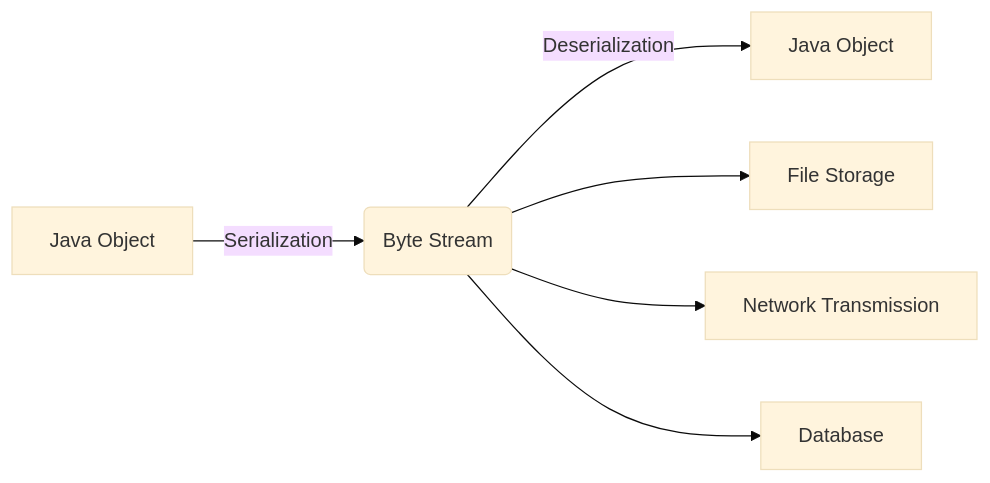
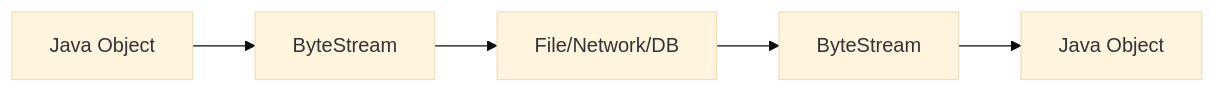
Before and after one commit to DanielCreggOrganization/w9-lab-serialization-nastaj: the second of 6 diagrams in README.md, drawn with Mermaid (base theme). The commit also changed other lines of this file, not shown here.

````diff
--- a/README.md
+++ b/README.md
@@ -74,8 +69,7 @@
 ```mermaid
 graph LR
-    A[Java Object] -- Serialization --> B(Byte Stream)
-    B -- Deserialization --> C[Java Object]
-    B --> D[File Storage]
-    B --> E[Network Transmission]
-    B --> F[Database]
+    A[Java Object] --> B[ByteStream]
+    B --> C[File/Network/DB]
+    C --> D[ByteStream]
+    D --> E[Java Object]
 ```
````
